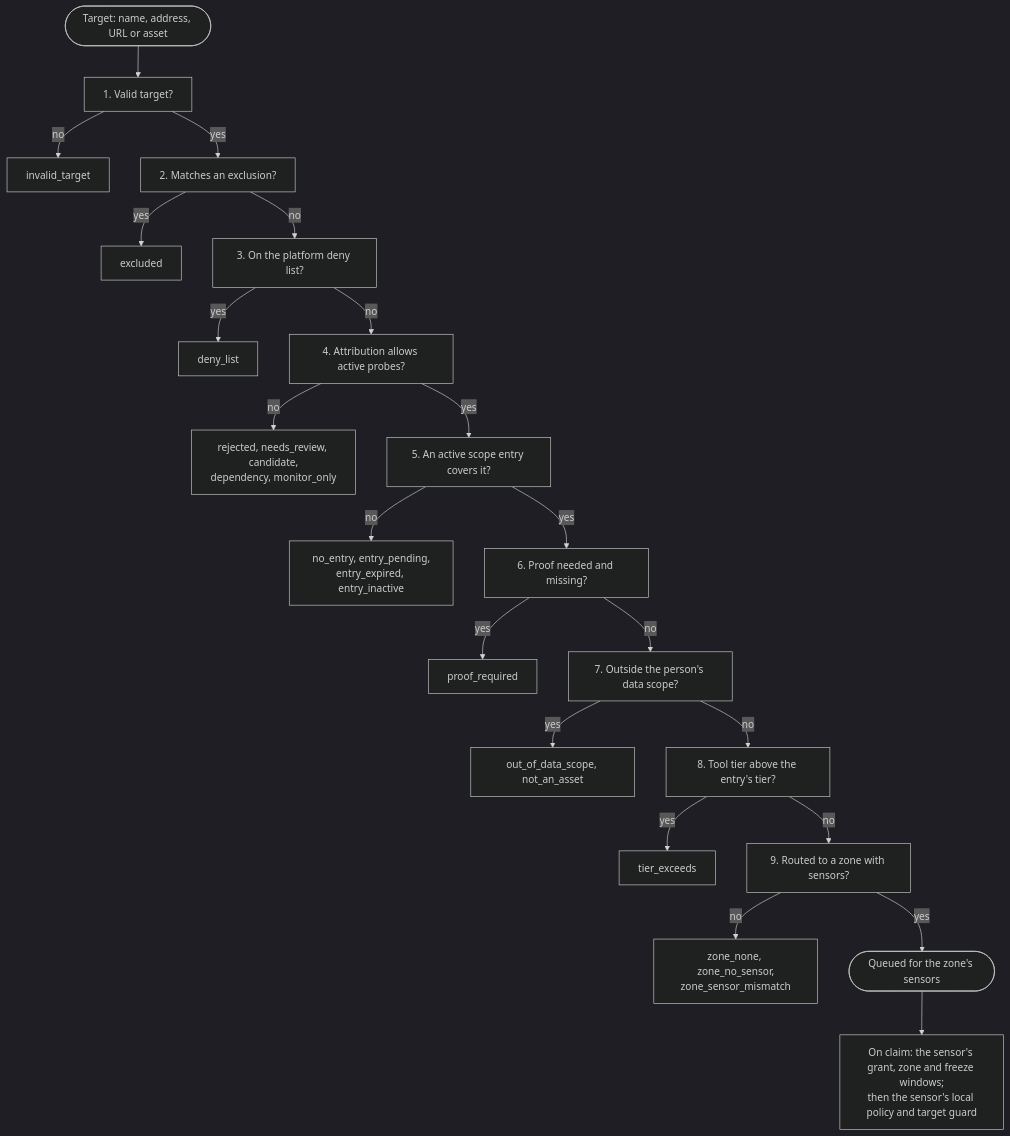
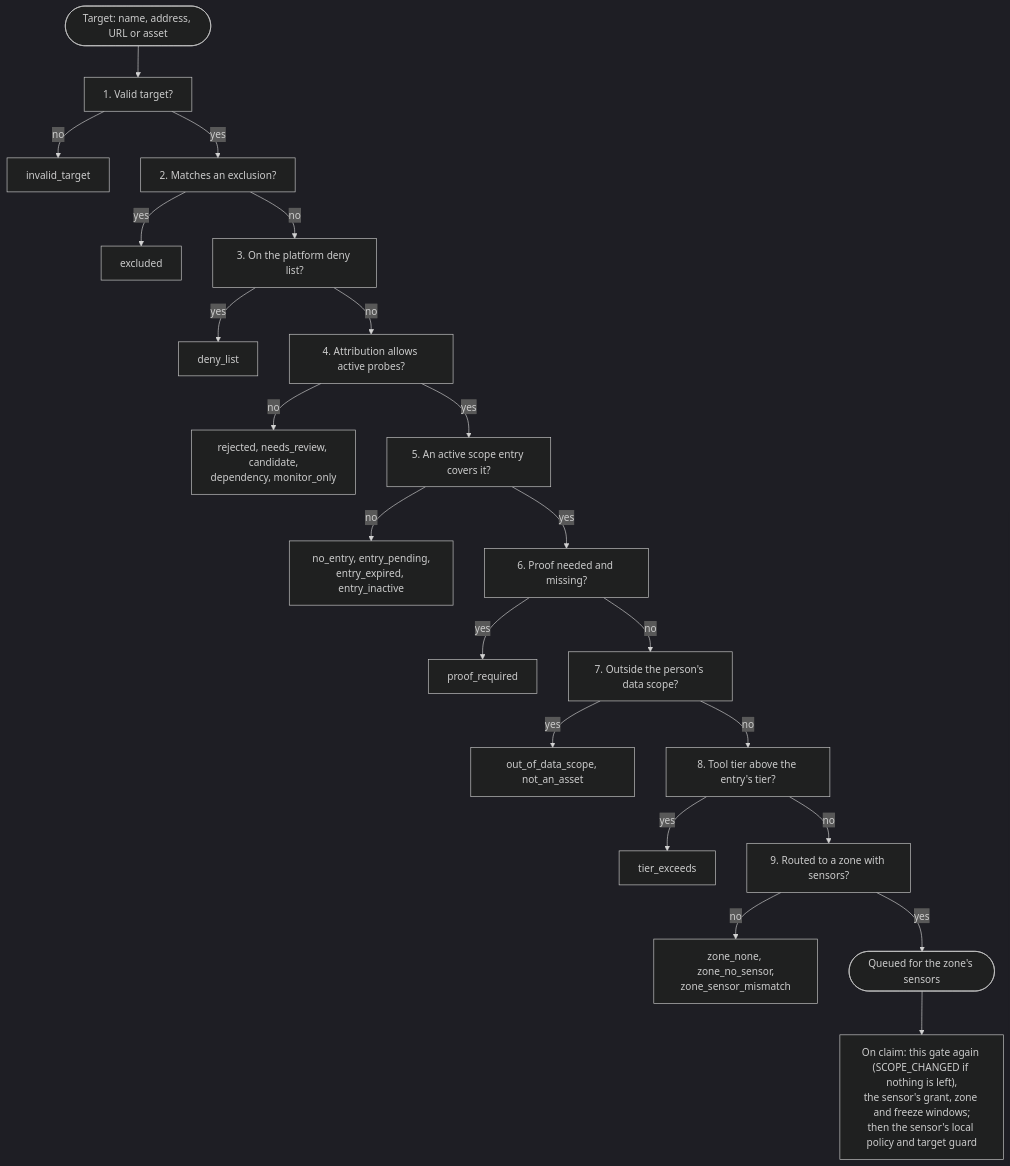
One commit to openctemio/docs changed the diagram in scanning/scope.md. Above: the diagram before and after it, drawn with Mermaid (dark theme). The commit also changed other lines of this file and 1 other file, not shown here.

Commit message:
docs: claim-time scope re-check and SCOPE_CHANGED

````diff
--- a/scanning/scope.md
+++ b/scanning/scope.md
@@ -158,23 +158,23 @@
 ```mermaid
 flowchart TD
     T(["Target: name, address, URL or asset"]) --> V["1. Valid target?"]
     V -- no --> R1["invalid_target"]
     V -- yes --> X["2. Matches an exclusion?"]
     X -- yes --> R2["excluded"]
     X -- no --> D["3. On the platform deny list?"]
     D -- yes --> R3["deny_list"]
     D -- no --> A["4. Attribution allows active probes?"]
     A -- no --> R4["rejected, needs_review, candidate,<br/>dependency, monitor_only"]
     A -- yes --> E["5. An active scope entry covers it?"]
     E -- no --> R5["no_entry, entry_pending,<br/>entry_expired, entry_inactive"]
     E -- yes --> P["6. Proof needed and missing?"]
     P -- yes --> R6["proof_required"]
     P -- no --> DS["7. Outside the person's data scope?"]
     DS -- yes --> R7["out_of_data_scope, not_an_asset"]
     DS -- no --> TI["8. Tool tier above the entry's tier?"]
     TI -- yes --> R8["tier_exceeds"]
     TI -- no --> Z["9. Routed to a zone with sensors?"]
     Z -- no --> R9["zone_none, zone_no_sensor,<br/>zone_sensor_mismatch"]
     Z -- yes --> OK(["Queued for the zone's sensors"])
-    OK --> SG["On claim: the sensor's grant, zone and freeze windows;<br/>then the sensor's local policy and target guard"]
+    OK --> SG["On claim: this gate again (SCOPE_CHANGED if nothing is left),<br/>the sensor's grant, zone and freeze windows;<br/>then the sensor's local policy and target guard"]
 ```
````
